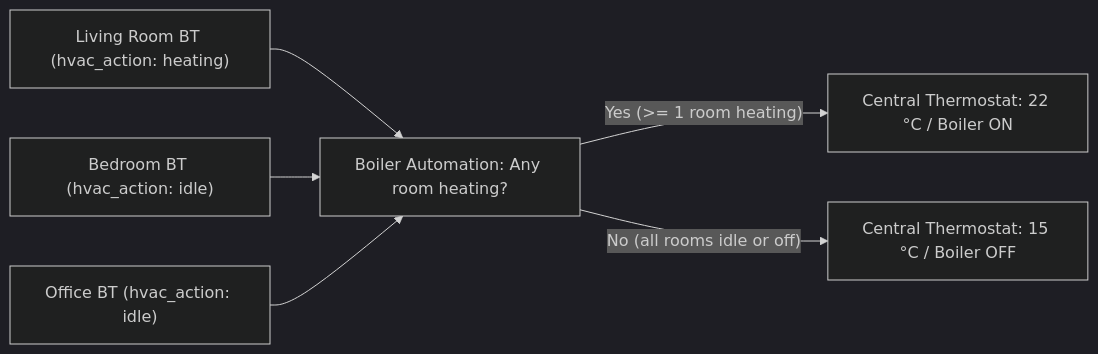
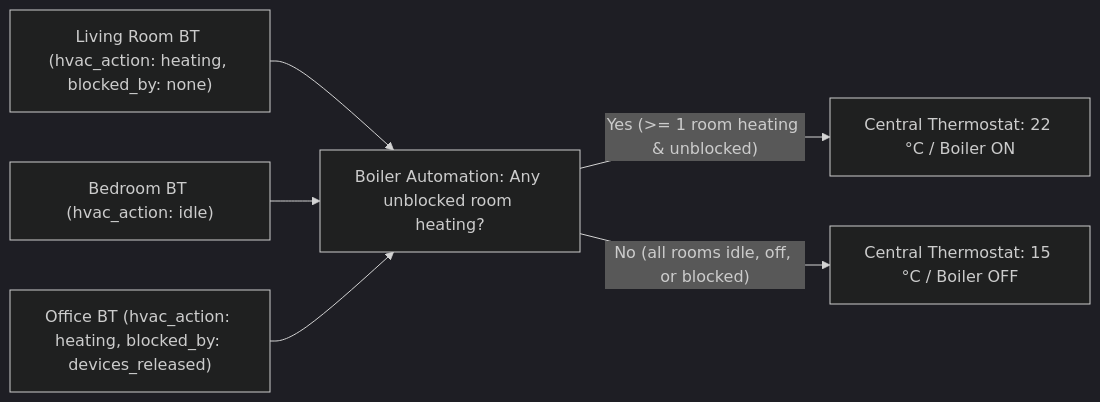
The diagram in docs/deep-explanations/central-heating-thermostat.md (KartoffelToby/better_thermostat), drawn with Mermaid (dark theme) before and after one commit. The commit also changed other lines of this file and 10 other files, not shown here.

````diff
--- a/docs/deep-explanations/central-heating-thermostat.md
+++ b/docs/deep-explanations/central-heating-thermostat.md
@@ -10,8 +10,8 @@
 ```mermaid
 flowchart LR
-    R1["Living Room BT (hvac_action: heating)"] --> AUTO["Boiler Automation: Any room heating?"]
+    R1["Living Room BT (hvac_action: heating, blocked_by: none)"] --> AUTO["Boiler Automation: Any unblocked room heating?"]
     R2["Bedroom BT (hvac_action: idle)"] --> AUTO
-    R3["Office BT (hvac_action: idle)"] --> AUTO
-    AUTO -->|"Yes (>= 1 room heating)"| ON["Central Thermostat: 22 °C / Boiler ON"]
-    AUTO -->|"No (all rooms idle or off)"| OFF["Central Thermostat: 15 °C / Boiler OFF"]
+    R3["Office BT (hvac_action: heating, blocked_by: devices_released)"] --> AUTO
+    AUTO -->|"Yes (>= 1 room heating & unblocked)"| ON["Central Thermostat: 22 °C / Boiler ON"]
+    AUTO -->|"No (all rooms idle, off, or blocked)"| OFF["Central Thermostat: 15 °C / Boiler OFF"]
 ```
````
